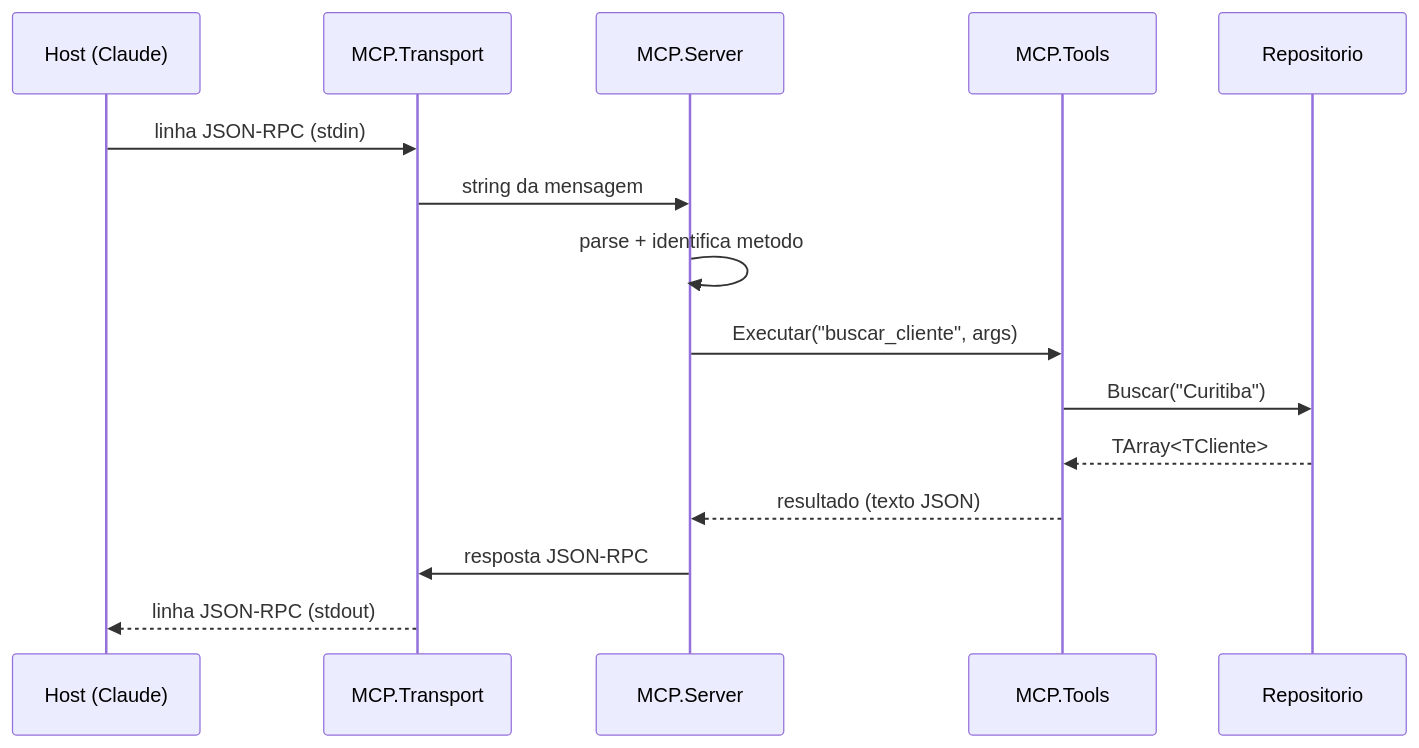
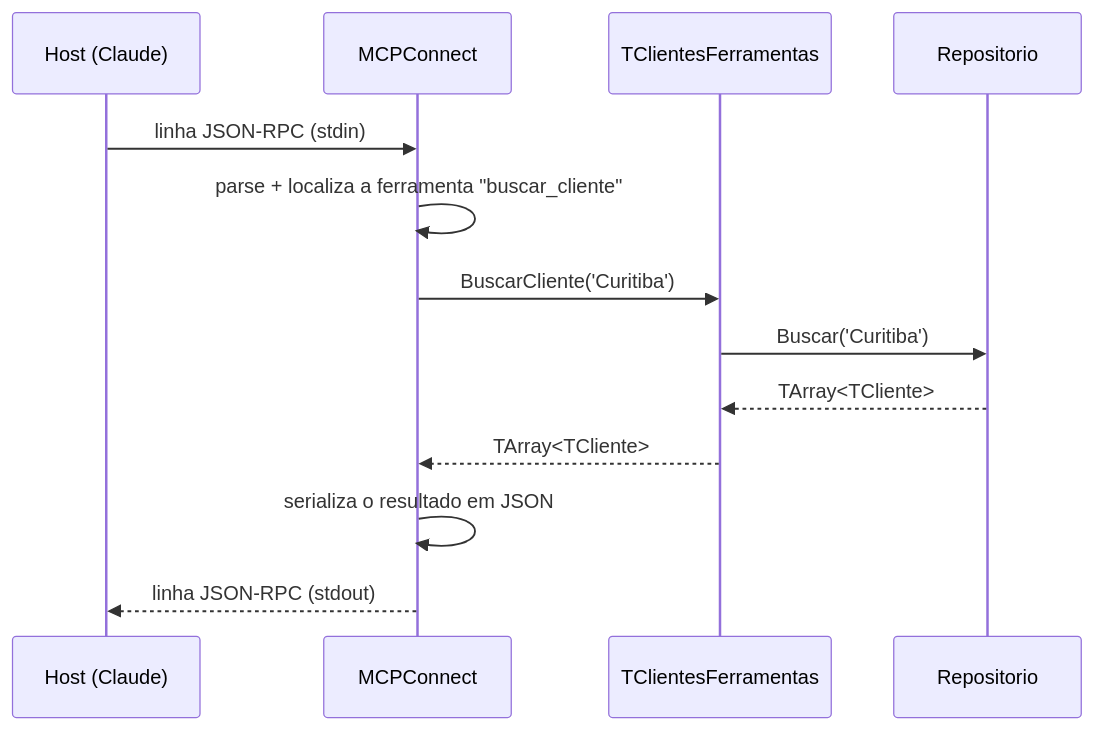
One commit to FellipeGbriel/delphi-mcp-server changed the second of 2 diagrams in README.md. Above: the diagram before and after it, drawn with Mermaid. The commit also changed other lines of this file and 9 other files, not shown here.

````diff
--- a/README.md
+++ b/README.md
@@ -165,18 +230,16 @@
 ```mermaid
 sequenceDiagram
     participant H as Host (Claude)
-    participant T as MCP.Transport
-    participant S as MCP.Server
-    participant F as MCP.Tools
+    participant M as MCPConnect
+    participant F as TClientesFerramentas
     participant R as Repositorio
 
-    H->>T: linha JSON-RPC (stdin)
-    T->>S: string da mensagem
-    S->>S: parse + identifica metodo
-    S->>F: Executar("buscar_cliente", args)
-    F->>R: Buscar("Curitiba")
+    H->>M: linha JSON-RPC (stdin)
+    M->>M: parse + localiza a ferramenta "buscar_cliente"
+    M->>F: BuscarCliente('Curitiba')
+    F->>R: Buscar('Curitiba')
     R-->>F: TArray<TCliente>
-    F-->>S: resultado (texto JSON)
-    S->>T: resposta JSON-RPC
-    T-->>H: linha JSON-RPC (stdout)
+    F-->>M: TArray<TCliente>
+    M->>M: serializa o resultado em JSON
+    M-->>H: linha JSON-RPC (stdout)
 ```
````
